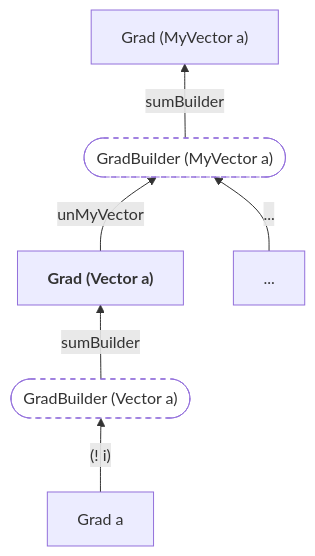
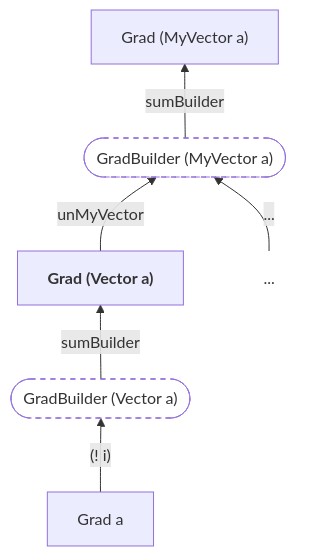
The second of 3 diagrams in doc/docs/intro/part3.md (andriusstank/downhill), drawn with Mermaid before and after one commit. The commit also changed other lines of this file and 1 other file, not shown here.

````diff
--- a/doc/docs/intro/part3.md
+++ b/doc/docs/intro/part3.md
@@ -129,16 +101,17 @@
 ``` mermaid
 graph BT
   nodeMyVectorB["Grad (MyVector a)"]
   nodeMyVectorB1(["GradBuilder (MyVector a)"])
+  style nodeMyVectorB1 fill:white,stroke-dasharray: 5 5
   nodeMore["..."]
-  style nodeMyVectorB1 fill:white,stroke-dasharray: 5 5
+  style nodeMore stroke:none,fill:none
   nodeVectorB["<b>Grad (Vector a)</b>"]
   nodeVectorB1(["GradBuilder (Vector a)"])
   style nodeVectorB1 fill:white,stroke-dasharray: 5 5
   nodeItemB["Grad a"]
   nodeItemB-- "(! i)" -->nodeVectorB1
   nodeVectorB1-- sumBuilder -->nodeVectorB
   nodeVectorB-- unMyVector -->nodeMyVectorB1
   nodeMyVectorB1-- sumBuilder -->nodeMyVectorB
   nodeMore-- "..." -->nodeMyVectorB1
 ```
````
